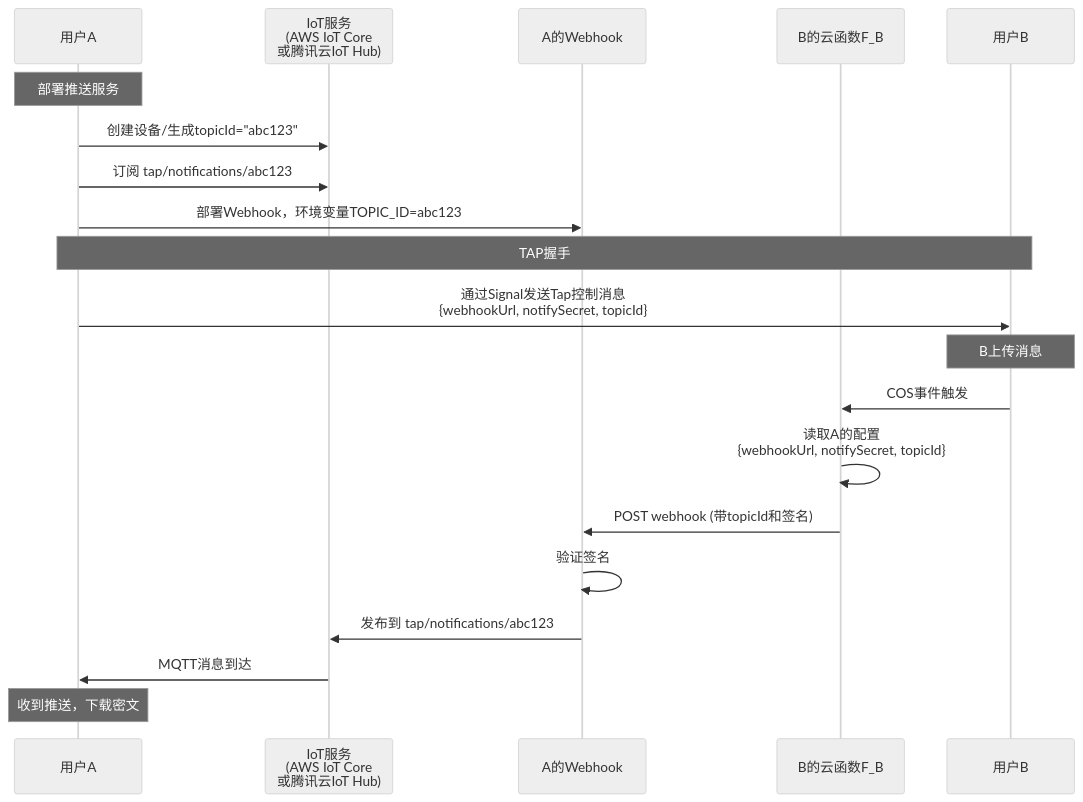
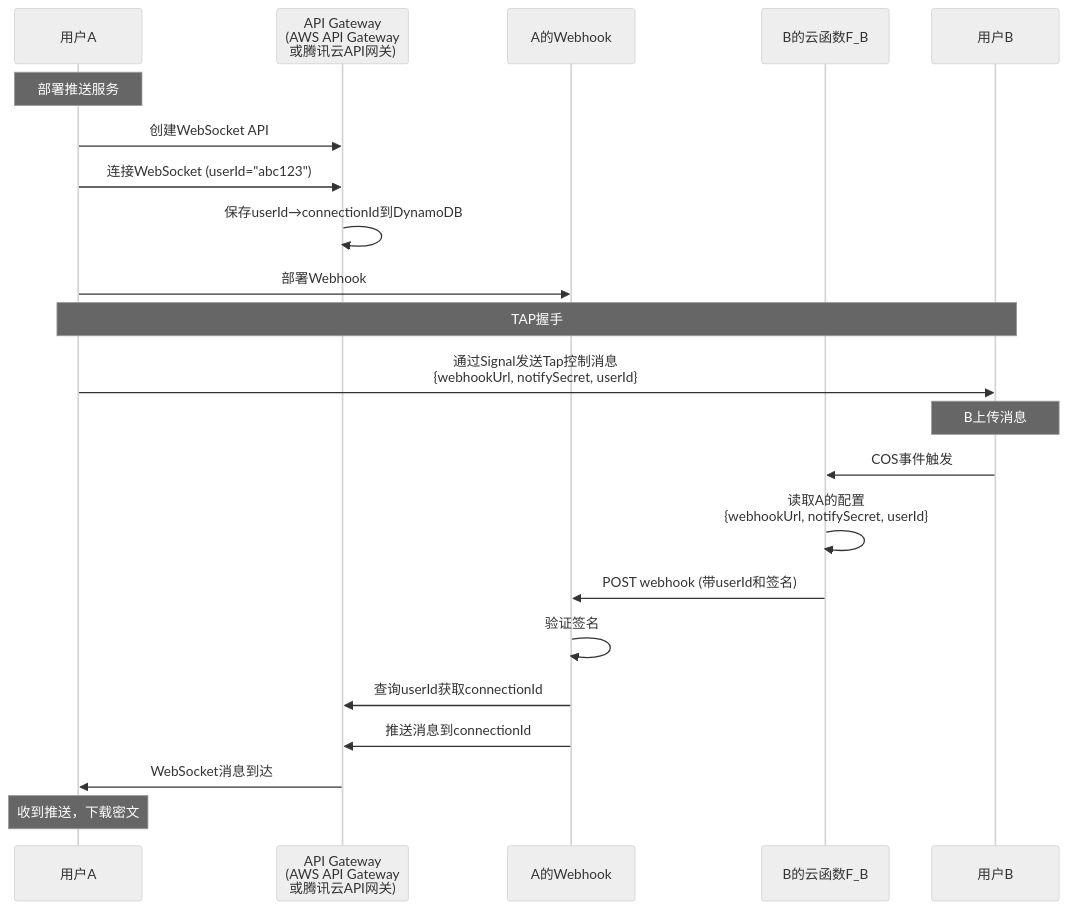
One commit to koabula/TapSignal changed the first of 2 diagrams in PLAN_Notice.md. Above: the diagram before and after it, drawn with Mermaid (neutral theme). The commit also changed other lines of this file and 64 other files, not shown here.

````diff
--- a/PLAN_Notice.md
+++ b/PLAN_Notice.md
@@ -234,25 +238,27 @@
 ```mermaid
 sequenceDiagram
     participant A as 用户A
-    participant IoT as IoT服务<br/>(AWS IoT Core<br/>或腾讯云IoT Hub)
+    participant APIGW as API Gateway<br/>(AWS API Gateway<br/>或腾讯云API网关)
     participant Webhook as A的Webhook
     participant F_B as B的云函数F_B
     participant B as 用户B
     
     Note over A: 部署推送服务
-    A->>IoT: 创建设备/生成topicId="abc123"
-    A->>IoT: 订阅 tap/notifications/abc123
-    A->>Webhook: 部署Webhook，环境变量TOPIC_ID=abc123
+    A->>APIGW: 创建WebSocket API
+    A->>APIGW: 连接WebSocket (userId="abc123")
+    APIGW->>APIGW: 保存userId→connectionId到DynamoDB
+    A->>Webhook: 部署Webhook
     
     Note over A,B: TAP握手
-    A->>B: 通过Signal发送Tap控制消息<br/>{webhookUrl, notifySecret, topicId}
+    A->>B: 通过Signal发送Tap控制消息<br/>{webhookUrl, notifySecret, userId}
     
     Note over B: B上传消息
     B->>F_B: COS事件触发
-    F_B->>F_B: 读取A的配置<br/>{webhookUrl, notifySecret, topicId}
-    F_B->>Webhook: POST webhook (带topicId和签名)
+    F_B->>F_B: 读取A的配置<br/>{webhookUrl, notifySecret, userId}
+    F_B->>Webhook: POST webhook (带userId和签名)
     Webhook->>Webhook: 验证签名
-    Webhook->>IoT: 发布到 tap/notifications/abc123
-    IoT->>A: MQTT消息到达
+    Webhook->>APIGW: 查询userId获取connectionId
+    Webhook->>APIGW: 推送消息到connectionId
+    APIGW->>A: WebSocket消息到达
     Note over A: 收到推送，下载密文
 ```
````
